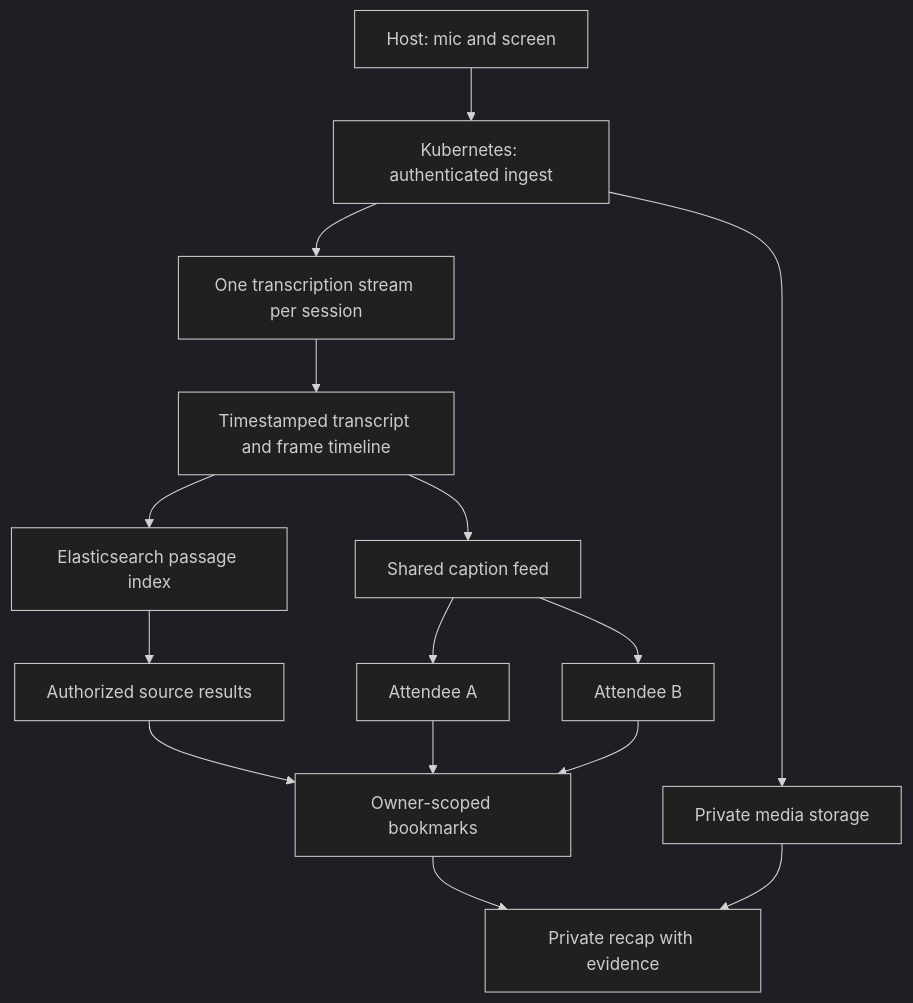
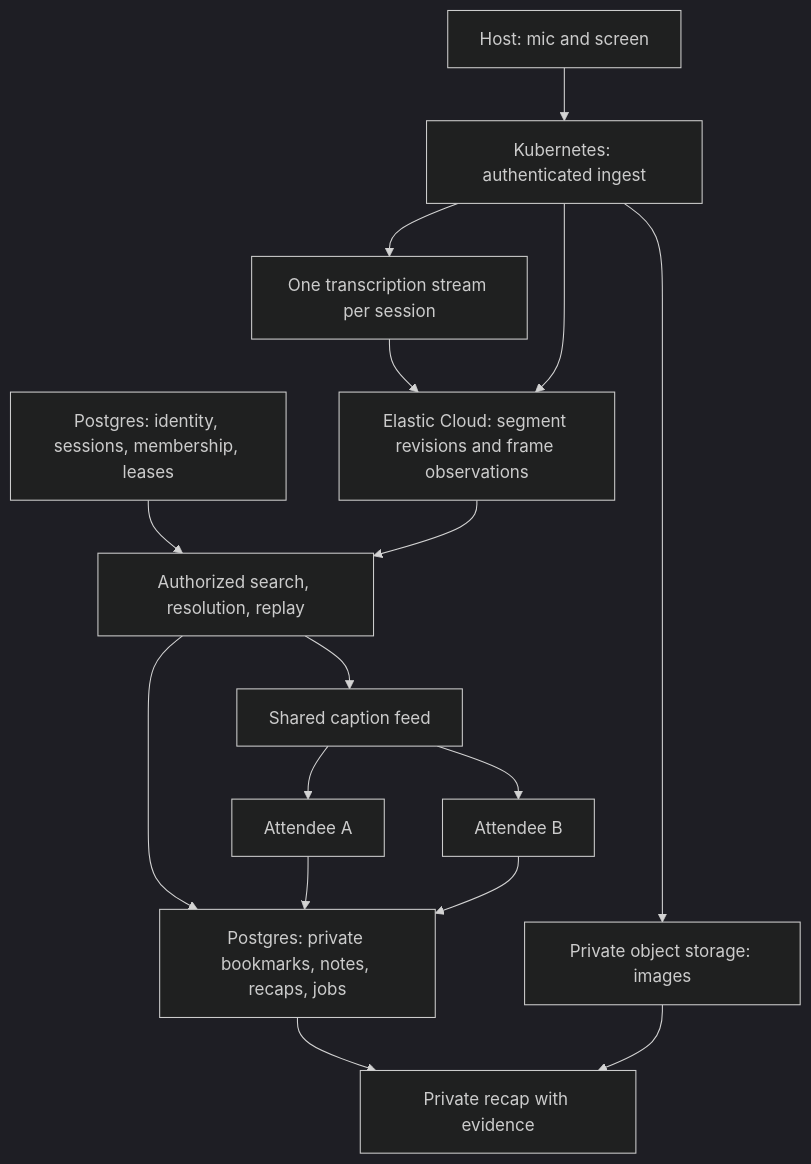
One commit to drewrasm/simon-says changed the diagram in docs/architecture.md. Above: the diagram before and after it, drawn with Mermaid (dark theme). The commit also changed other lines of this file and 7 other files, not shown here.

First line of the commit message:
docs: make Elasticsearch the core content store

````diff
--- a/docs/architecture.md
+++ b/docs/architecture.md
@@ -7,17 +7,18 @@
 ```mermaid
 flowchart TD
   Host[Host: mic and screen] --> Ingest[Kubernetes: authenticated ingest]
   Ingest --> STT[One transcription stream per session]
-  STT --> Timeline[Timestamped transcript and frame timeline]
-  Ingest --> Media[Private media storage]
-  Timeline --> Search[Elasticsearch passage index]
-  Search --> Results[Authorized source results]
-  Results --> Selections
-  Timeline --> Feed[Shared caption feed]
+  STT --> Content[Elastic Cloud: segment revisions and frame observations]
+  Ingest --> Content
+  Ingest --> Media[Private object storage: images]
+  Access[Postgres: identity, sessions, membership, leases] --> Reads[Authorized search, resolution, replay]
+  Content --> Reads
+  Reads --> Selections
+  Reads --> Feed[Shared caption feed]
   Feed --> A[Attendee A]
   Feed --> B[Attendee B]
-  A --> Selections[Owner-scoped bookmarks]
+  A --> Selections[Postgres: private bookmarks, notes, recaps, jobs]
   B --> Selections
   Selections --> Recap[Private recap with evidence]
   Media --> Recap
 ```
````
